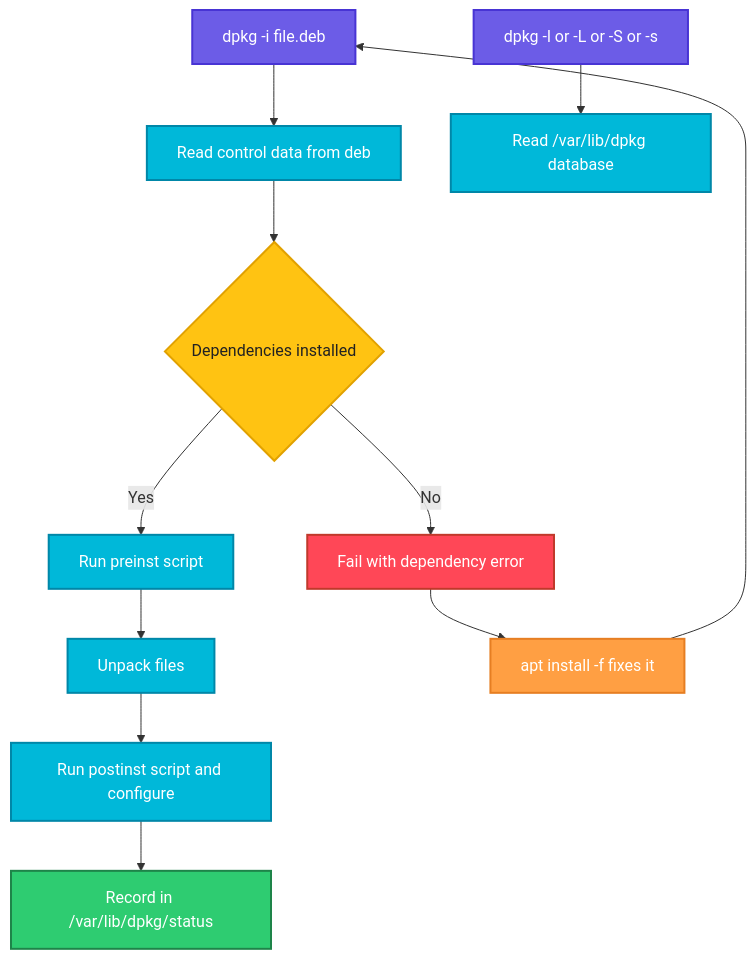
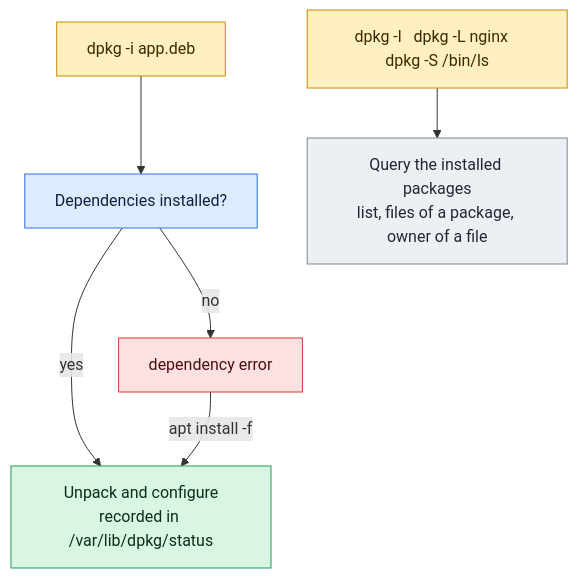
The diagram in linux/package-management/dpkg.md (codeKerdosTech/DevOps-Documentation), drawn with Mermaid before and after one commit. The commit also changed other lines of this file and 165 other files, not shown here.

Commit message:
updated diagrams in linux

````diff
--- a/linux/package-management/dpkg.md
+++ b/linux/package-management/dpkg.md
@@ -30,25 +30,18 @@
 ```mermaid
 flowchart TD
-    A[dpkg -i file.deb] --> B[Read control data from deb]
-    B --> C{Dependencies installed}
-    C -->|No| D[Fail with dependency error]
-    C -->|Yes| E[Run preinst script]
-    E --> F[Unpack files]
-    F --> G[Run postinst script and configure]
-    G --> H[Record in /var/lib/dpkg/status]
-    D --> I[apt install -f fixes it]
-    I --> A
-    J[dpkg -l or -L or -S or -s] --> K[Read /var/lib/dpkg database]
-    classDef start fill:#6C5CE7,stroke:#4834D4,stroke-width:2px,color:#fff
-    classDef proc fill:#00B8D9,stroke:#0087A8,stroke-width:2px,color:#fff
-    classDef dec fill:#FFC312,stroke:#E1A100,stroke-width:2px,color:#222
-    classDef ok fill:#2ECC71,stroke:#1E8449,stroke-width:2px,color:#fff
-    classDef err fill:#FF4757,stroke:#C0392B,stroke-width:2px,color:#fff
-    classDef alt fill:#FF9F43,stroke:#E67E22,stroke-width:2px,color:#fff
-    class A,J start
-    class B,E,F,G,K proc
-    class C dec
-    class H ok
-    class D err
-    class I alt
+    c1[dpkg -i app.deb] --> i1[Dependencies installed?]
+    i1 -->|yes| o1[Unpack and configure<br/>recorded in /var/lib/dpkg/status]
+    i1 -->|no| x1[dependency error]
+    x1 -->|apt install -f| o1
+    c2[dpkg -l   dpkg -L nginx   dpkg -S /bin/ls] --> n1[Query the installed packages<br/>list, files of a package, owner of a file]
+    classDef inp fill:#DCEBFF,stroke:#2F6FDE,color:#10213F
+    classDef cmd fill:#FFF0C2,stroke:#C98A00,color:#3A2A00
+    classDef out fill:#D9F5E3,stroke:#1F9D55,color:#0B2E1A
+    classDef bad fill:#FDE0E0,stroke:#D13B3B,color:#4A0F0F
+    classDef note fill:#ECEFF3,stroke:#7B8794,color:#1F2933
+    class c1,c2 cmd
+    class i1 inp
+    class o1 out
+    class x1 bad
+    class n1 note
 ```
````
